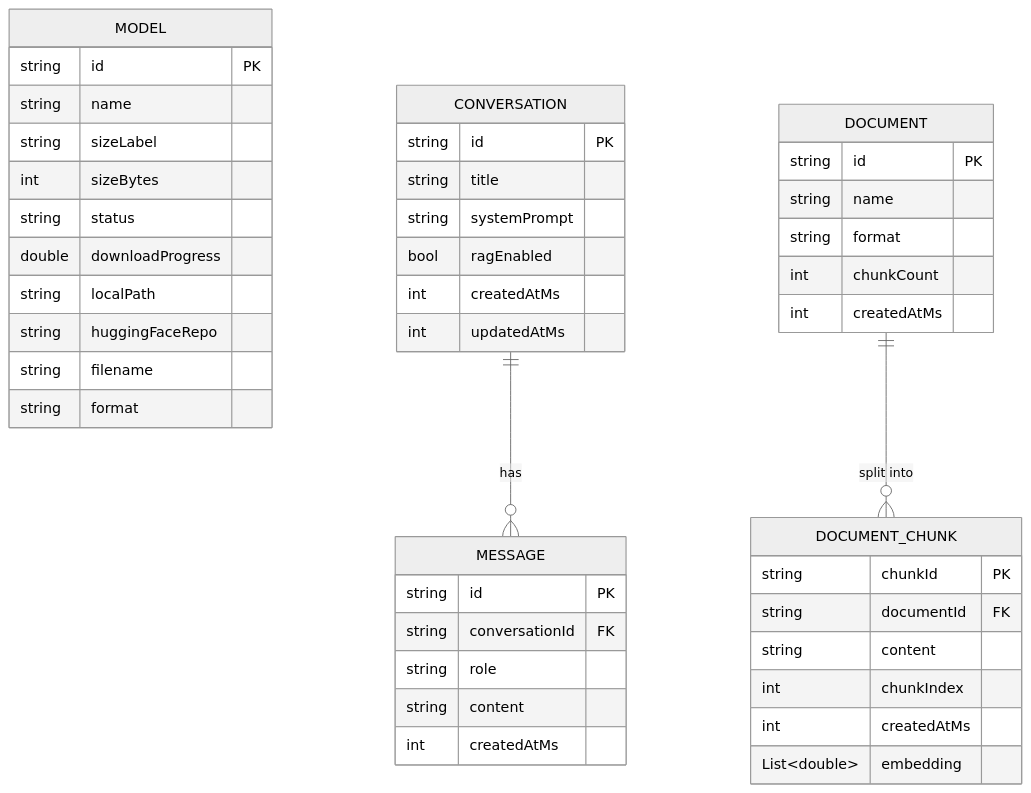
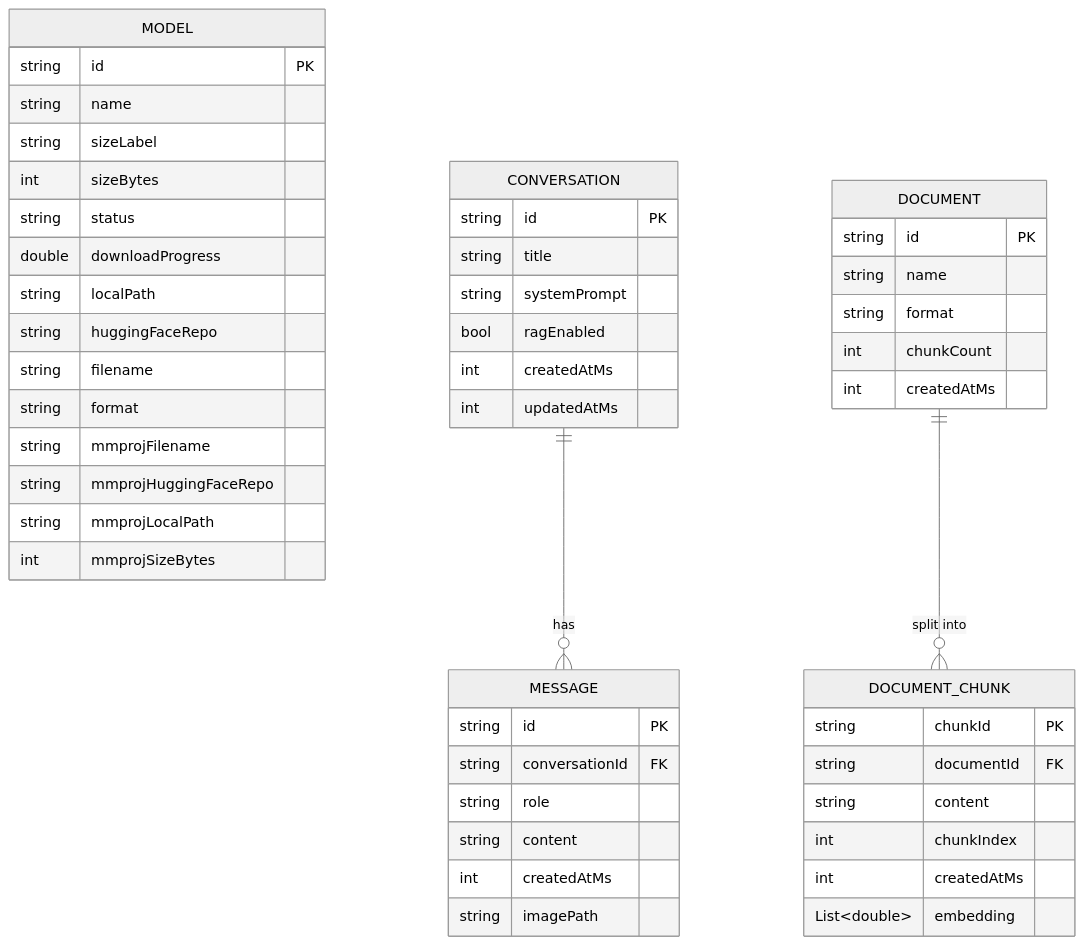
One commit to LucknowAI/loxi_llm changed the second of 8 diagrams in docs/PROJECT.md. Above: the diagram before and after it, drawn with Mermaid (neutral theme). The commit also changed other lines of this file and 65 other files, not shown here.

````diff
--- a/docs/PROJECT.md
+++ b/docs/PROJECT.md
@@ -243,52 +243,57 @@
 ```mermaid
 erDiagram
     MODEL {
         string id PK
         string name
         string sizeLabel
         int sizeBytes
         string status
         double downloadProgress
         string localPath
         string huggingFaceRepo
         string filename
         string format
+        string mmprojFilename
+        string mmprojHuggingFaceRepo
+        string mmprojLocalPath
+        int mmprojSizeBytes
     }
 
     CONVERSATION {
         string id PK
         string title
         string systemPrompt
         bool ragEnabled
         int createdAtMs
         int updatedAtMs
     }
 
     MESSAGE {
         string id PK
         string conversationId FK
         string role
         string content
         int createdAtMs
+        string imagePath
     }
 
     DOCUMENT {
         string id PK
         string name
         string format
         int chunkCount
         int createdAtMs
     }
 
     DOCUMENT_CHUNK {
         string chunkId PK
         string documentId FK
         string content
         int chunkIndex
         int createdAtMs
         List~double~ embedding
     }
 
     CONVERSATION ||--o{ MESSAGE : "has"
     DOCUMENT ||--o{ DOCUMENT_CHUNK : "split into"
 ```
````
